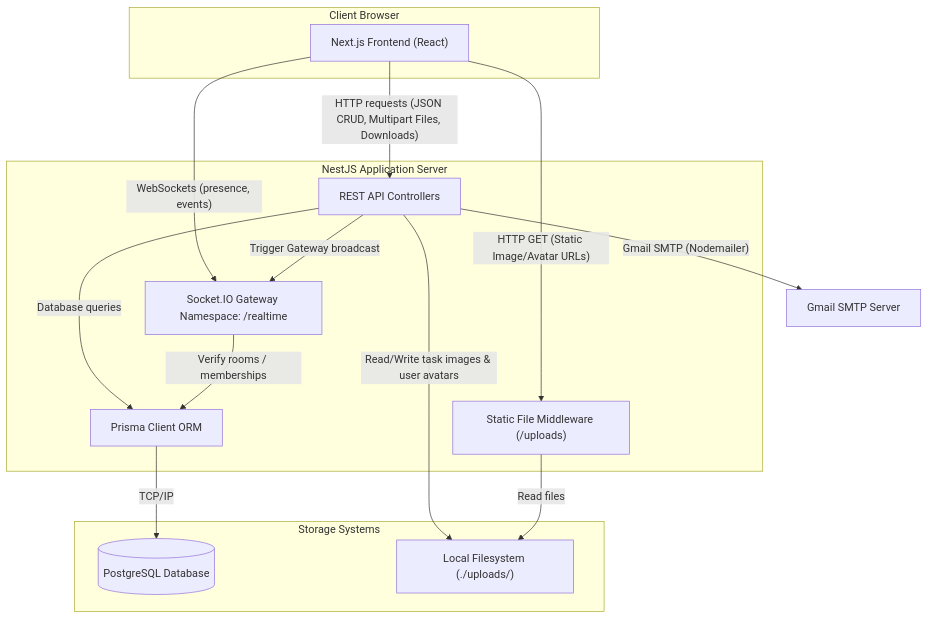
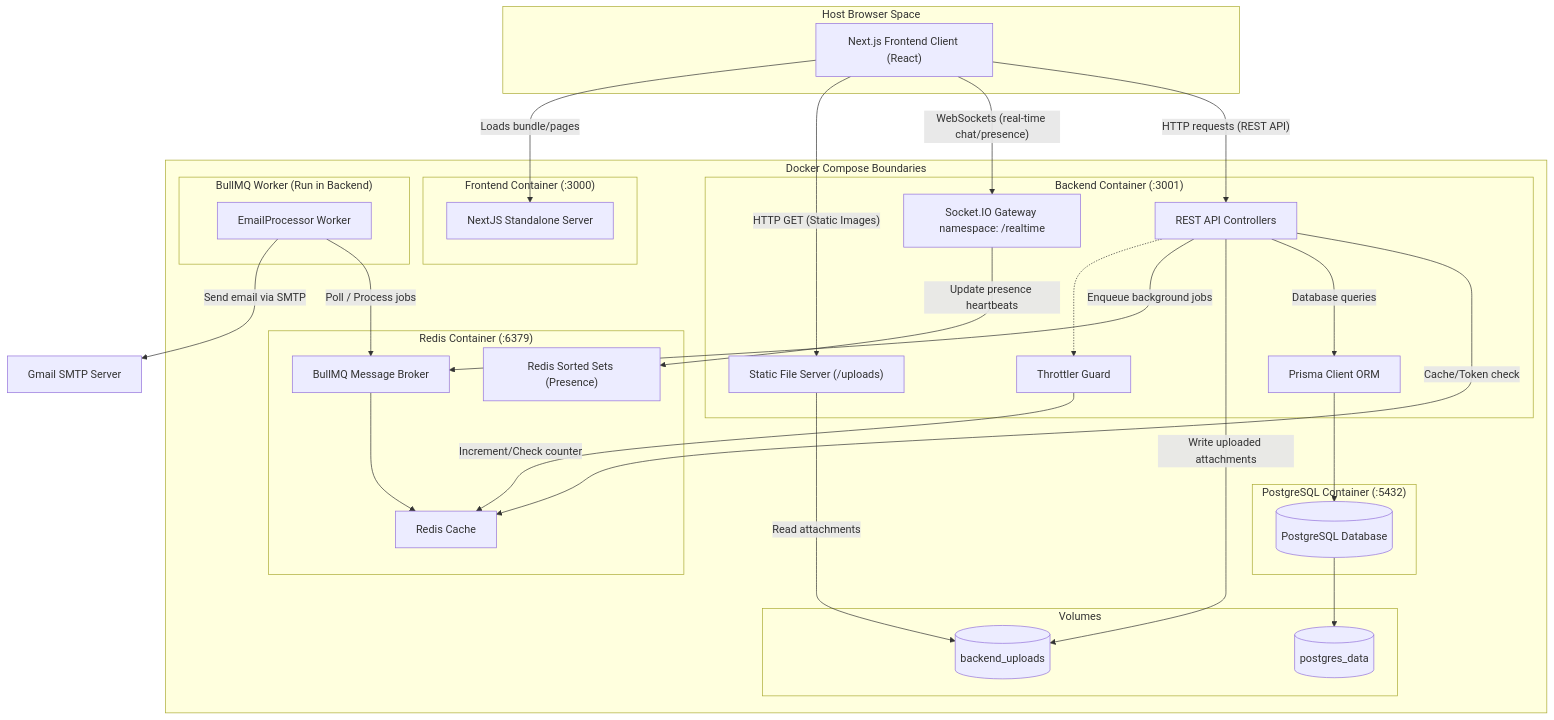
One commit to KaranByte021104/TaskFlow-Live-Task-Tracking-System- changed the diagram in docs/ARCHITECTURE.md. Above: the diagram before and after it, drawn with Mermaid. The commit also changed other lines of this file and 27 other files, not shown here.

Commit message:
feat: add docker support, health check endpoints, logging middleware, and multi-channel read statuses

````diff
--- a/docs/ARCHITECTURE.md
+++ b/docs/ARCHITECTURE.md
@@ -11,34 +11,68 @@
 ```mermaid
 graph TD
-    subgraph Client ["Client Browser"]
-        NextJS["Next.js Frontend (React)"]
+    subgraph ClientBoundary ["Host Browser Space"]
+        NextJS["Next.js Frontend Client (React)"]
     end
 
-    subgraph Backend ["NestJS Application Server"]
-        RestAPI["REST API Controllers"]
-        SocketGateway["Socket.IO Gateway Namespace: /realtime"]
-        PrismaClient["Prisma Client ORM"]
-        StaticServer["Static File Middleware (/uploads)"]
-    end
+    subgraph DockerCompose ["Docker Compose Boundaries"]
+        subgraph FrontendContainer ["Frontend Container (:3000)"]
+            NextServer["NextJS Standalone Server"]
+        end
 
-    subgraph Storage ["Storage Systems"]
-        Postgres[(PostgreSQL Database)]
-        LocalFS["Local Filesystem (./uploads/)"]
+        subgraph BackendContainer ["Backend Container (:3001)"]
+            RestAPI["REST API Controllers"]
+            SocketGateway["Socket.IO Gateway namespace: /realtime"]
+            PrismaClient["Prisma Client ORM"]
+            StaticServer["Static File Server (/uploads)"]
+            ThrottlerGuard["Throttler Guard"]
+        end
+
+        subgraph RedisContainer ["Redis Container (:6379)"]
+            RedisCache["Redis Cache"]
+            RedisPresence["Redis Sorted Sets (Presence)"]
+            BullBroker["BullMQ Message Broker"]
+        end
+
+        subgraph WorkerContainer ["BullMQ Worker (Run in Backend)"]
+            EmailProcessor["EmailProcessor Worker"]
+        end
+
+        subgraph PostgresContainer ["PostgreSQL Container (:5432)"]
+            Postgres[(PostgreSQL Database)]
+        end
+
+        subgraph VolumeStorage ["Volumes"]
+            PostgresVol[(postgres_data)]
+            UploadsVol[(backend_uploads)]
+        end
     end
 
     %% Client Interactions
-    NextJS -- "HTTP requests (JSON CRUD, Multipart Files, Downloads)" --> RestAPI
-    NextJS -- "WebSockets (presence, events)" --> SocketGateway
-    NextJS -- "HTTP GET (Static Image/Avatar URLs)" --> StaticServer
+    NextJS -- "HTTP requests (REST API)" --> RestAPI
+    NextJS -- "WebSockets (real-time chat/presence)" --> SocketGateway
+    NextJS -- "HTTP GET (Static Images)" --> StaticServer
+
+    %% Next Server standlone
+    NextJS -- "Loads bundle/pages" --> NextServer
 
     %% Backend Internals & Storage Connectors
-    RestAPI -- "Read/Write task images & user avatars" --> LocalFS
-    StaticServer -- "Read files" --> LocalFS
+    RestAPI -- "Cache/Token check" --> RedisCache
+    SocketGateway -- "Update presence heartbeats" --> RedisPresence
     RestAPI -- "Database queries" --> PrismaClient
-    SocketGateway -- "Verify rooms / memberships" --> PrismaClient
-    PrismaClient -- "TCP/IP" --> Postgres
-    
-    %% Internal Event Dispatches
-    RestAPI -- "Trigger Gateway broadcast" --> SocketGateway
-    RestAPI -- "Gmail SMTP (Nodemailer)" --> GmailSMTP["Gmail SMTP Server"]
+    PrismaClient --> Postgres
+    RestAPI -- "Write uploaded attachments" --> UploadsVol
+    StaticServer -- "Read attachments" --> UploadsVol
+    Postgres --> PostgresVol
+
+    %% Queue Dispatches
+    RestAPI -- "Enqueue background jobs" --> BullBroker
+    BullBroker --> RedisCache
+
+    %% Worker Pull
+    EmailProcessor -- "Poll / Process jobs" --> BullBroker
+    EmailProcessor -- "Send email via SMTP" --> GmailSMTP["Gmail SMTP Server"]
+
+    %% Throttling Checks
+    RestAPI -.-> ThrottlerGuard
+    ThrottlerGuard -- "Increment/Check counter" --> RedisCache
 ```
````
